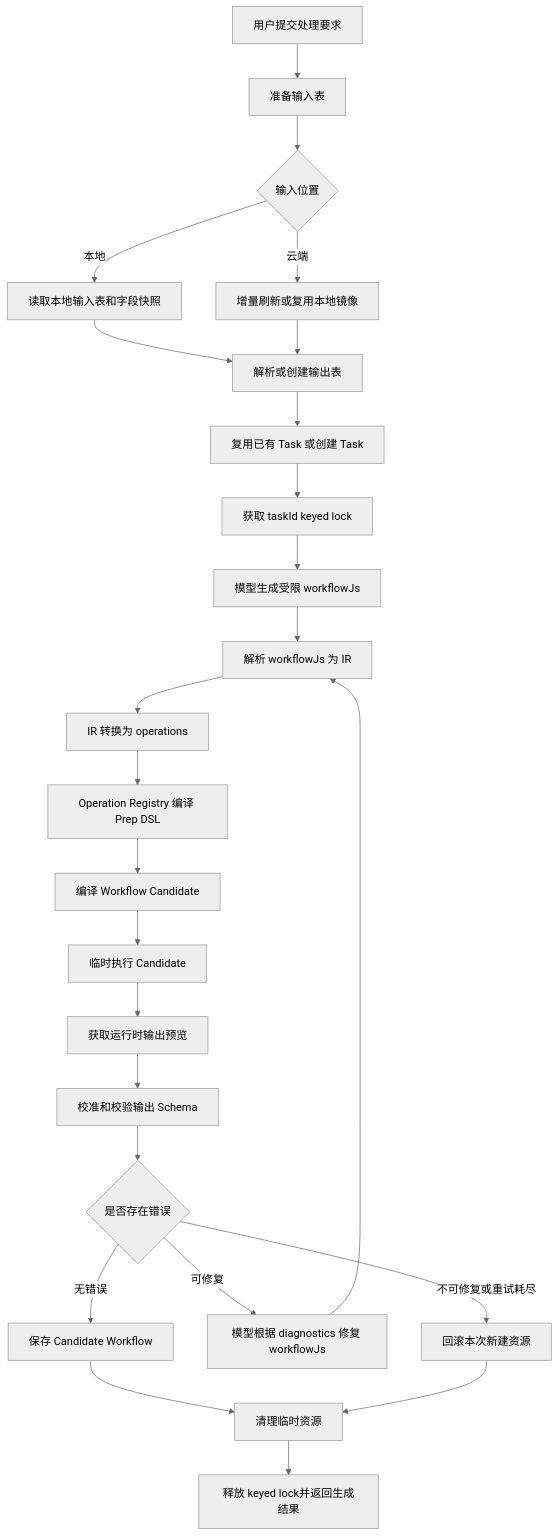
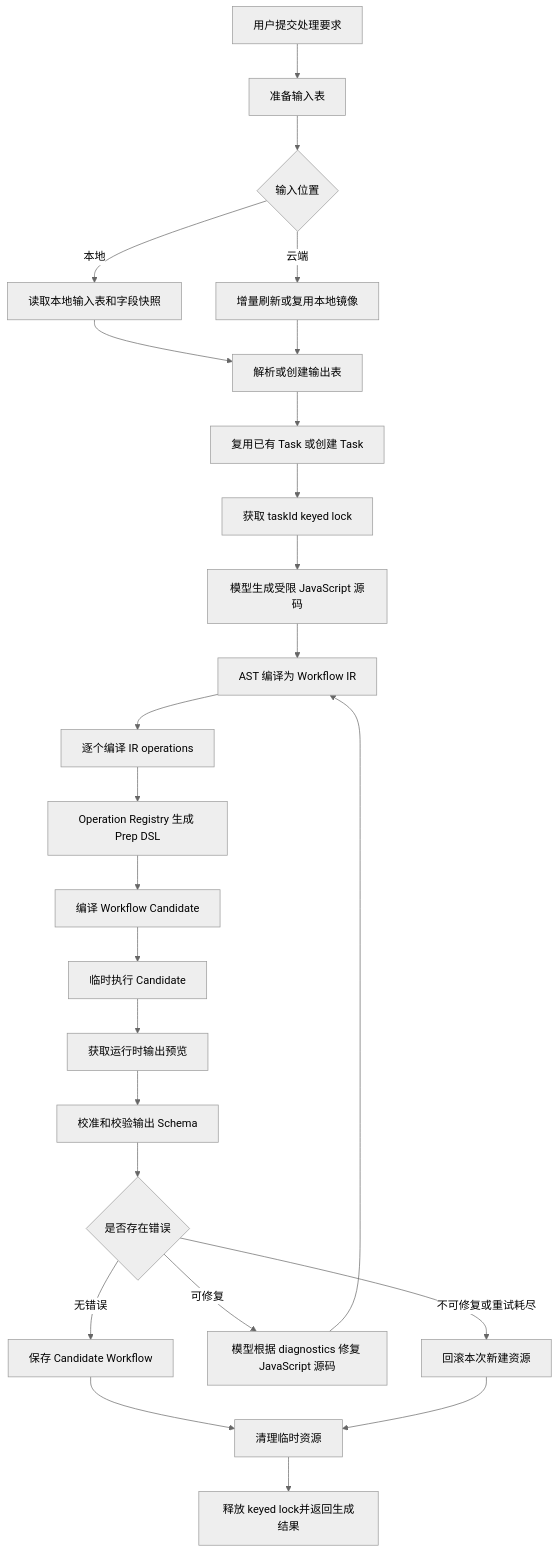
One commit to tyro668/sophron-cowork-desktop changed the second of 3 diagrams in design/automation/data-processing-automation-rp.md. Above: the diagram before and after it, drawn with Mermaid (neutral theme). The commit also changed other lines of this file, not shown here.

````diff
--- a/design/automation/data-processing-automation-rp.md
+++ b/design/automation/data-processing-automation-rp.md
@@ -72,27 +74,27 @@
 ```mermaid
 flowchart TD
     A[用户提交处理要求] --> B[准备输入表]
     B --> C{输入位置}
     C -->|本地| D[读取本地输入表和字段快照]
     C -->|云端| E[增量刷新或复用本地镜像]
     D --> F[解析或创建输出表]
     E --> F
     F --> G[复用已有 Task 或创建 Task]
     G --> H[获取 taskId keyed lock]
-    H --> I[模型生成受限 workflowJs]
-    I --> J[解析 workflowJs 为 IR]
-    J --> K[IR 转换为 operations]
-    K --> L[Operation Registry 编译 Prep DSL]
+    H --> I[模型生成受限 JavaScript 源码]
+    I --> J[AST 编译为 Workflow IR]
+    J --> K[逐个编译 IR operations]
+    K --> L[Operation Registry 生成 Prep DSL]
     L --> M[编译 Workflow Candidate]
     M --> N[临时执行 Candidate]
     N --> O[获取运行时输出预览]
     O --> P[校准和校验输出 Schema]
     P --> Q{是否存在错误}
     Q -->|无错误| R[保存 Candidate Workflow]
     R --> S[清理临时资源]
     S --> T[释放 keyed lock并返回生成结果]
-    Q -->|可修复| U[模型根据 diagnostics 修复 workflowJs]
+    Q -->|可修复| U[模型根据 diagnostics 修复 JavaScript 源码]
     U --> J
     Q -->|不可修复或重试耗尽| V[回滚本次新建资源]
     V --> S
 ```
````
